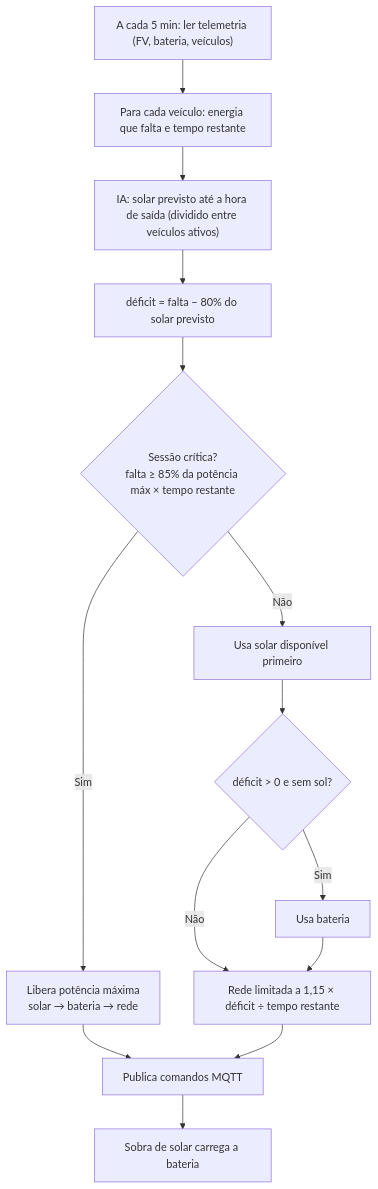
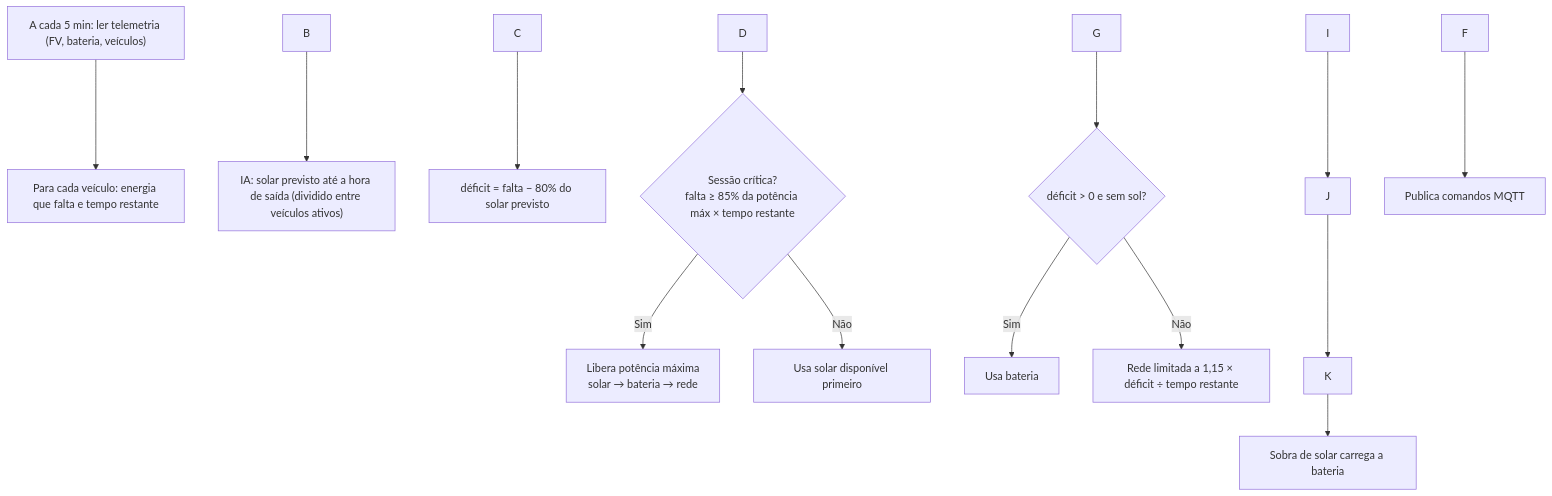
The first of 2 diagrams in README.md (reicheguilherme-spec/chargegrid-intelligence-ai), drawn with Mermaid before and after one commit. The commit also changed other lines of this file, not shown here.

````diff
--- a/README.md
+++ b/README.md
@@ -101,16 +94,16 @@
 ```mermaid
 flowchart TD
-    A["A cada 5 min: ler telemetria (FV, bateria, veículos)"] --> B["Para cada veículo: energia que falta e tempo restante"]
-    B --> C["IA: solar previsto até a hora de saída (dividido entre veículos ativos)"]
-    C --> D["déficit = falta − 80% do solar previsto"]
+    A\["A cada 5 min: ler telemetria (FV, bateria, veículos)"] --> B\["Para cada veículo: energia que falta e tempo restante"]
+    B --> C\["IA: solar previsto até a hora de saída (dividido entre veículos ativos)"]
+    C --> D\["déficit = falta − 80% do solar previsto"]
     D --> E{"Sessão crítica?<br/>falta ≥ 85% da potência máx × tempo restante"}
-    E -- Sim --> F["Libera potência máxima<br/>solar → bateria → rede"]
-    E -- Não --> G["Usa solar disponível primeiro"]
+    E -- Sim --> F\["Libera potência máxima<br/>solar → bateria → rede"]
+    E -- Não --> G\["Usa solar disponível primeiro"]
     G --> H{"déficit > 0 e sem sol?"}
-    H -- Sim --> I["Usa bateria"]
-    H -- Não --> J["Rede limitada a 1,15 × déficit ÷ tempo restante"]
+    H -- Sim --> I\["Usa bateria"]
+    H -- Não --> J\["Rede limitada a 1,15 × déficit ÷ tempo restante"]
     I --> J
-    F --> K["Publica comandos MQTT"]
+    F --> K\["Publica comandos MQTT"]
     J --> K
-    K --> L["Sobra de solar carrega a bateria"]
+    K --> L\["Sobra de solar carrega a bateria"]
 ```
````
